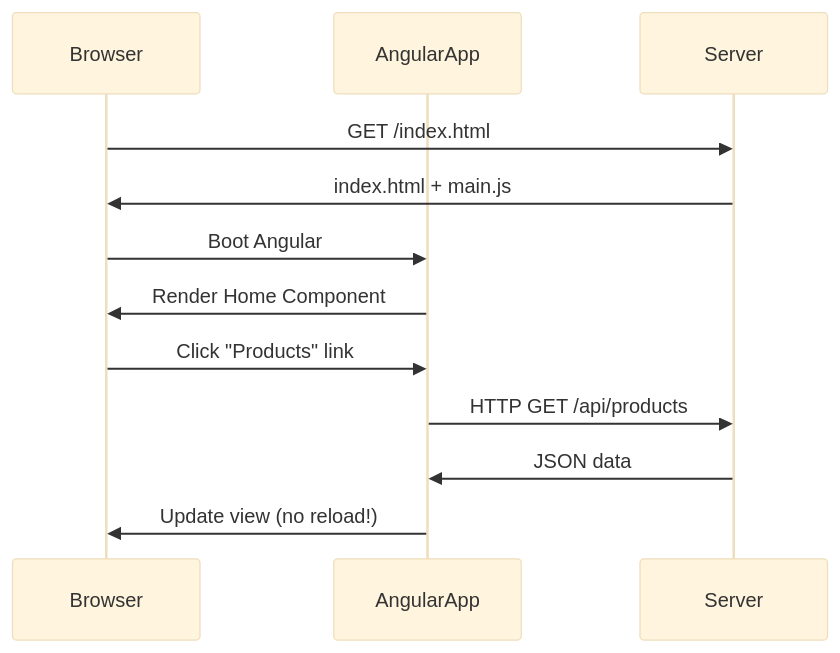
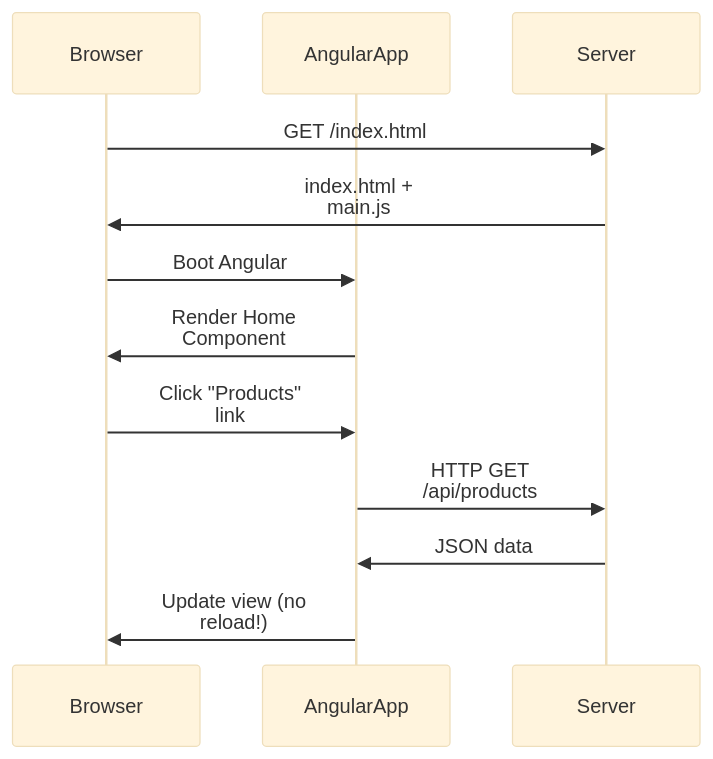
Before and after one commit to amitdevx/TY: the third of 3 diagrams in 02-Semester-VI/CS-352-MJ-T-Design-Framework/Unit-1.md, drawn with Mermaid (base theme). The commit also changed other lines of this file and 65 other files, not shown here.

Commit message:
fix:graph vertical

````diff
--- a/02-Semester-VI/CS-352-MJ-T-Design-Framework/Unit-1.md
+++ b/02-Semester-VI/CS-352-MJ-T-Design-Framework/Unit-1.md
@@ -112,16 +112,16 @@
 ```mermaid
 sequenceDiagram
   participant Browser
   participant AngularApp
   participant Server
 
   Browser->>Server: GET /index.html
-  Server->>Browser: index.html + main.js
+  Server->>Browser: index.html +<br/>main.js
   Browser->>AngularApp: Boot Angular
-  AngularApp->>Browser: Render Home Component
+  AngularApp->>Browser: Render Home<br/>Component
 
-  Browser->>AngularApp: Click "Products" link
-  AngularApp->>Server: HTTP GET /api/products
+  Browser->>AngularApp: Click "Products"<br/>link
+  AngularApp->>Server: HTTP GET<br/>/api/products
   Server->>AngularApp: JSON data
-  AngularApp->>Browser: Update view (no reload!)
+  AngularApp->>Browser: Update view (no<br/>reload!)
 ```
````
